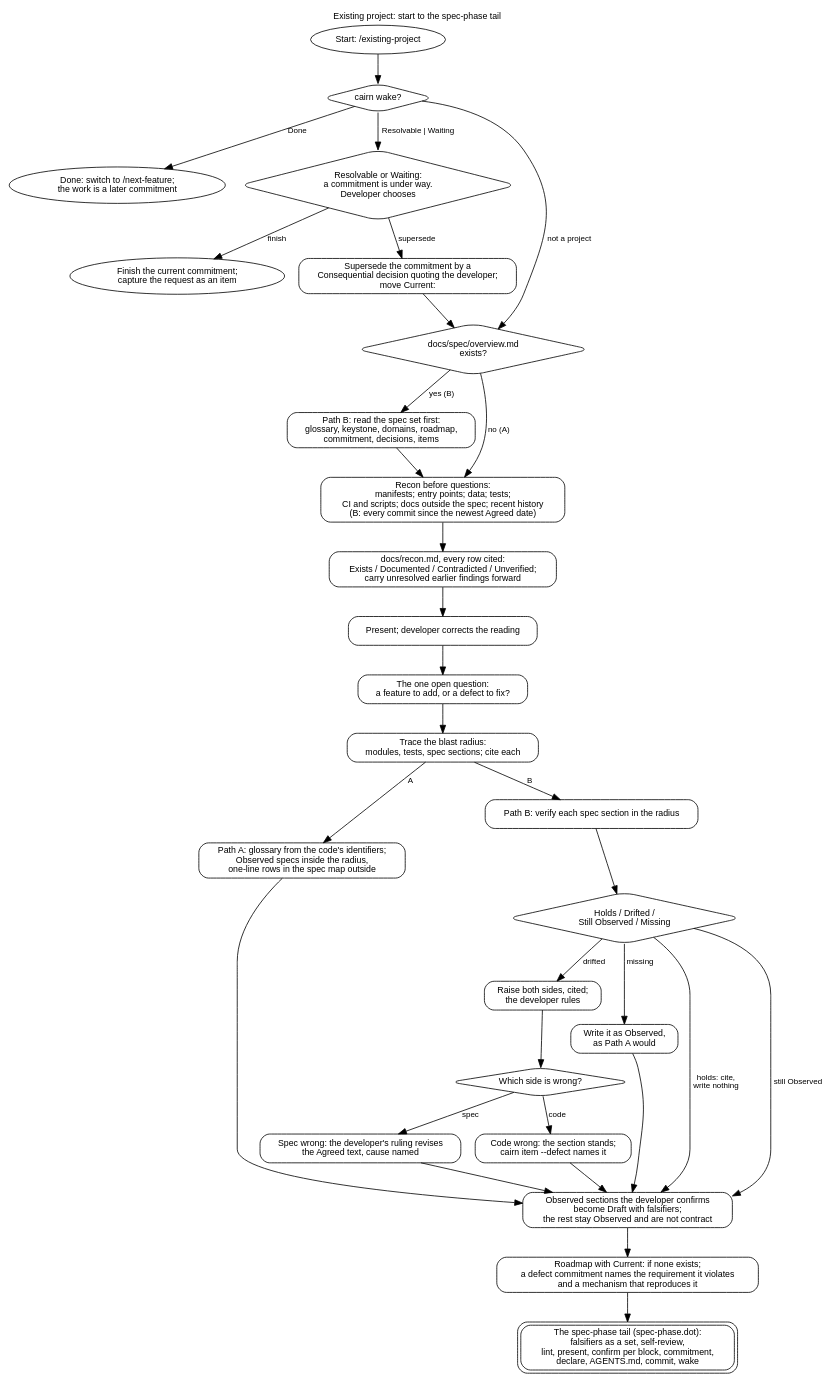
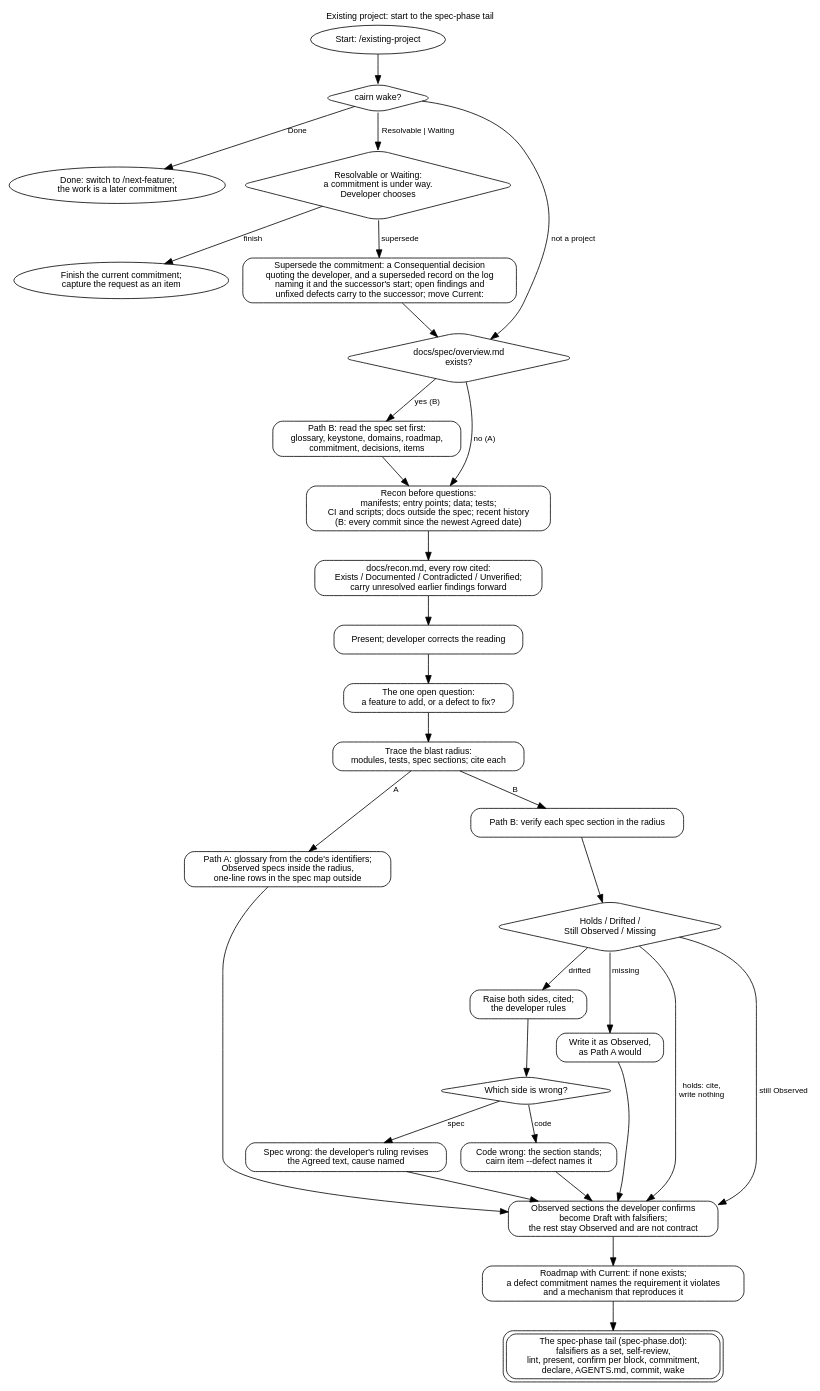
One commit to eas4ai/cairn changed the diagram in docs/diagrams/existing-project.dot. Above: the diagram before and after it, drawn with Graphviz. The commit also changed 8 other files, not shown here.

```diff
--- a/docs/diagrams/existing-project.dot
+++ b/docs/diagrams/existing-project.dot
@@ -1,57 +1,57 @@
 // Existing project: from a codebase Cairn has not specified, or one whose spec drifted, to the spec-phase tail.
 digraph existing_project {
   rankdir=TB;
   graph [fontname="Helvetica", fontsize=11, labelloc=t, label="Existing project: start to the spec-phase tail"];
   node  [shape=box, style=rounded, fontname="Helvetica", fontsize=11];
   edge  [fontname="Helvetica", fontsize=10];
 
   start [shape=oval, label="Start: /existing-project"];
   wake [shape=diamond, label="cairn wake?"];
   tonext [shape=oval, label="Done: switch to /next-feature;\nthe work is a later commitment"];
   midway [shape=diamond, label="Resolvable or Waiting:\na commitment is under way.\nDeveloper chooses"];
   finish [shape=oval, label="Finish the current commitment;\ncapture the request as an item"];
-  supersede_c [label="Supersede the commitment by a\nConsequential decision quoting the developer;\nmove Current:"];
+  supersede_c [label="Supersede the commitment: a Consequential decision\nquoting the developer, and a superseded record on the log\nnaming it and the successor's start; open findings and\nunfixed defects carry to the successor; move Current:"];
   hasspec [shape=diamond, label="docs/spec/overview.md\nexists?"];
   readspec [label="Path B: read the spec set first:\nglossary, keystone, domains, roadmap,\ncommitment, decisions, items"];
   recon [label="Recon before questions:\nmanifests; entry points; data; tests;\nCI and scripts; docs outside the spec; recent history\n(B: every commit since the newest Agreed date)"];
   report [label="docs/recon.md, every row cited:\nExists / Documented / Contradicted / Unverified;\ncarry unresolved earlier findings forward"];
   corrects [label="Present; developer corrects the reading"];
   ask [label="The one open question:\na feature to add, or a defect to fix?"];
   radius [label="Trace the blast radius:\nmodules, tests, spec sections; cite each"];
   pathA [label="Path A: glossary from the code's identifiers;\nObserved specs inside the radius,\none-line rows in the spec map outside"];
   pathB [label="Path B: verify each spec section in the radius"];
   verdict [shape=diamond, label="Holds / Drifted /\nStill Observed / Missing"];
   drift [label="Raise both sides, cited;\nthe developer rules"];
   rule [shape=diamond, label="Which side is wrong?"];
   specwrong [label="Spec wrong: the developer's ruling revises\nthe Agreed text, cause named"];
   codewrong [label="Code wrong: the section stands;\ncairn item --defect names it"];
   missing [label="Write it as Observed,\nas Path A would"];
   confirm [label="Observed sections the developer confirms\nbecome Draft with falsifiers;\nthe rest stay Observed and are not contract"];
   roadmap [label="Roadmap with Current: if none exists;\na defect commitment names the requirement it violates\nand a mechanism that reproduces it"];
   tail [shape=box, peripheries=2, label="The spec-phase tail (spec-phase.dot):\nfalsifiers as a set, self-review,\nlint, present, confirm per block, commitment,\ndeclare, AGENTS.md, commit, wake"];
 
   start -> wake;
   wake -> tonext [label="Done"];
   wake -> midway [label="Resolvable | Waiting"];
   wake -> hasspec [label="not a project"];
   midway -> finish [label="finish"];
   midway -> supersede_c [label="supersede"];
   supersede_c -> hasspec;
   hasspec -> readspec [label="yes (B)"];
   hasspec -> recon [label="no (A)"];
   readspec -> recon;
   recon -> report -> corrects -> ask -> radius;
   radius -> pathA [label="A"];
   radius -> pathB [label="B"];
   pathB -> verdict;
   verdict -> confirm [label="holds: cite,\nwrite nothing"];
   verdict -> drift [label="drifted"];
   verdict -> confirm [label="still Observed"];
   verdict -> missing [label="missing"];
   drift -> rule;
   rule -> specwrong [label="spec"];
   rule -> codewrong [label="code"];
   specwrong -> confirm; codewrong -> confirm; missing -> confirm;
   pathA -> confirm;
   confirm -> roadmap -> tail;
 }
```
